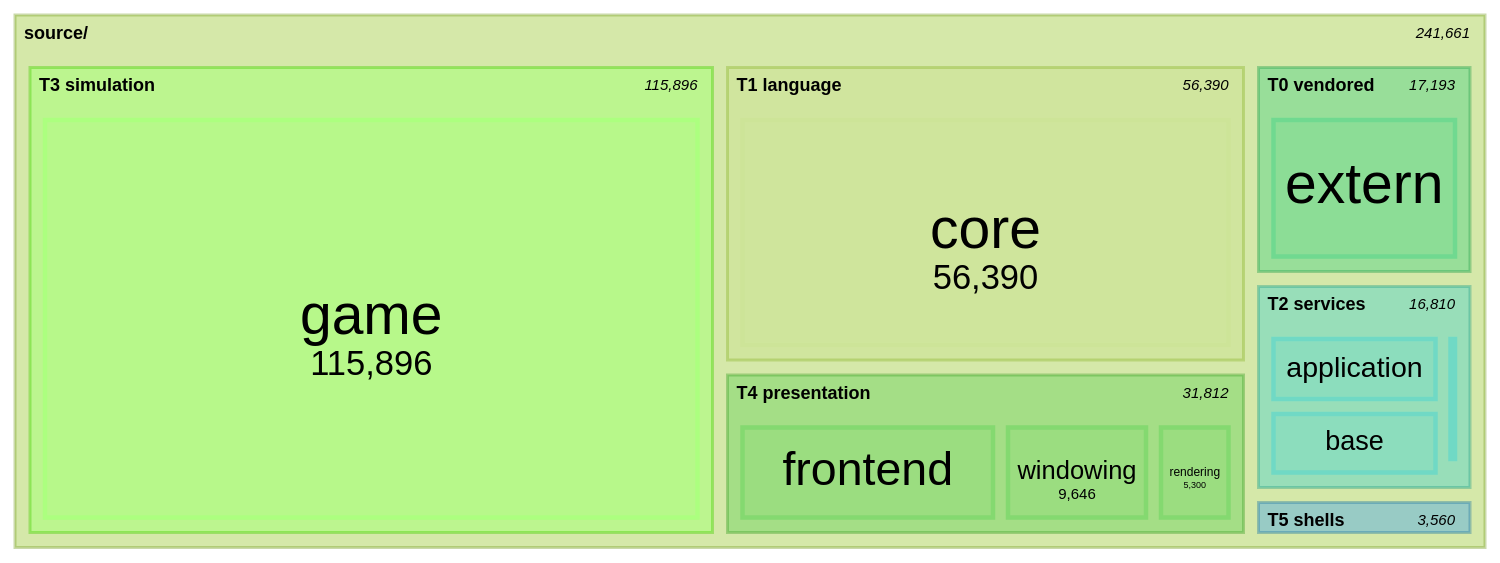
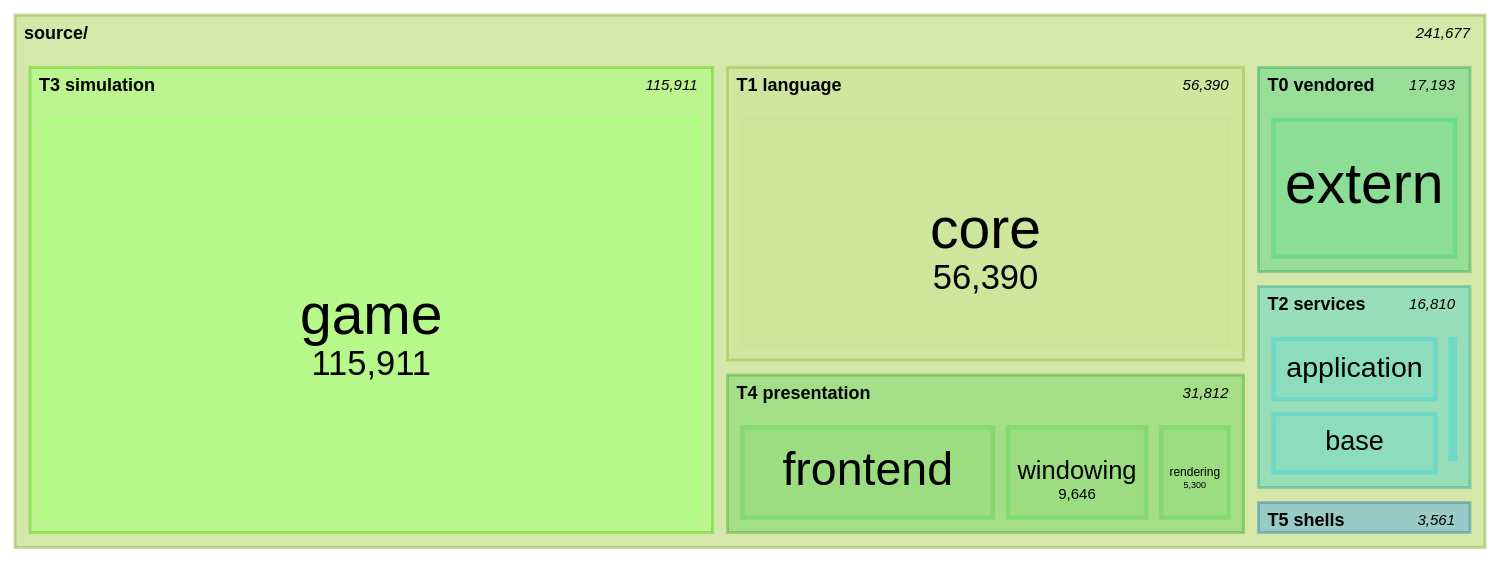
The seventh of 11 diagrams in docs/architecture/system-boundaries.md (apnex/OpenStarbound), drawn with Mermaid (forest theme) before and after one commit. The commit also changed other lines of this file and 2 other files, not shown here.

````diff
--- a/docs/architecture/system-boundaries.md
+++ b/docs/architecture/system-boundaries.md
@@ -599,22 +599,22 @@
 ```mermaid
 treemap-beta
 "source/"
     "T0 vendored"
         "extern": 17193
     "T1 language"
         "core": 56390
     "T2 services"
         "application": 7677
         "base": 7472
         "metrics": 1519
         "platform": 142
     "T3 simulation"
-        "game": 115896
+        "game": 115911
     "T4 presentation"
         "frontend": 16866
         "windowing": 9646
         "rendering": 5300
     "T5 shells"
-        "client": 2777
+        "client": 2778
         "server": 783
 ```
````
